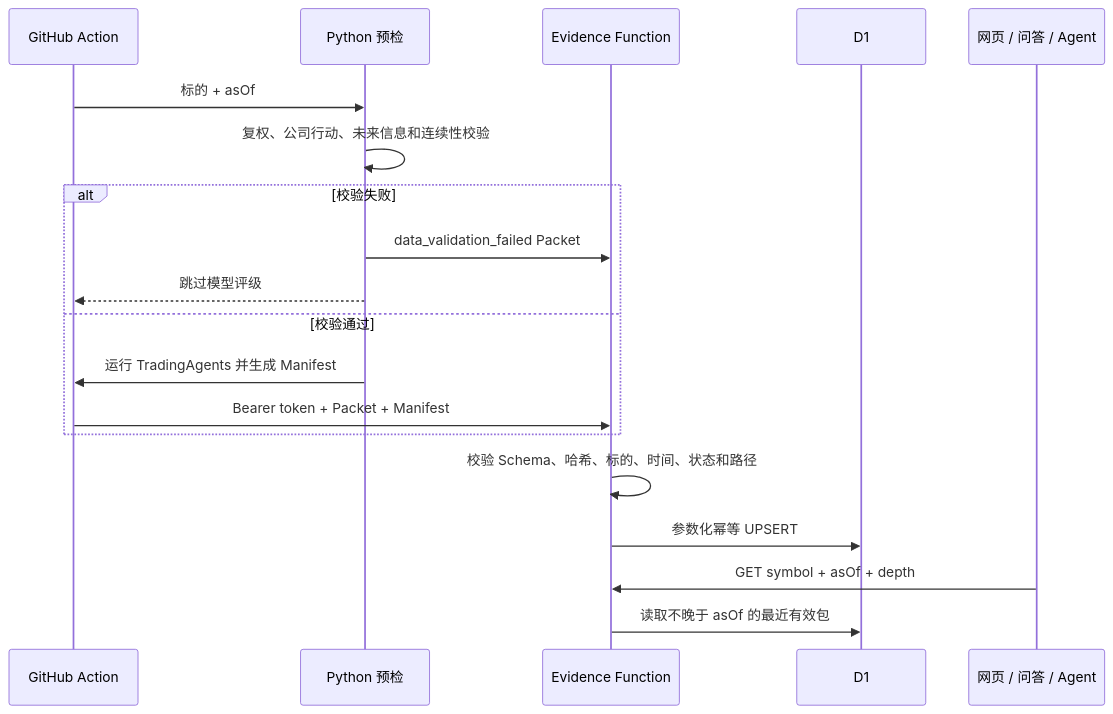
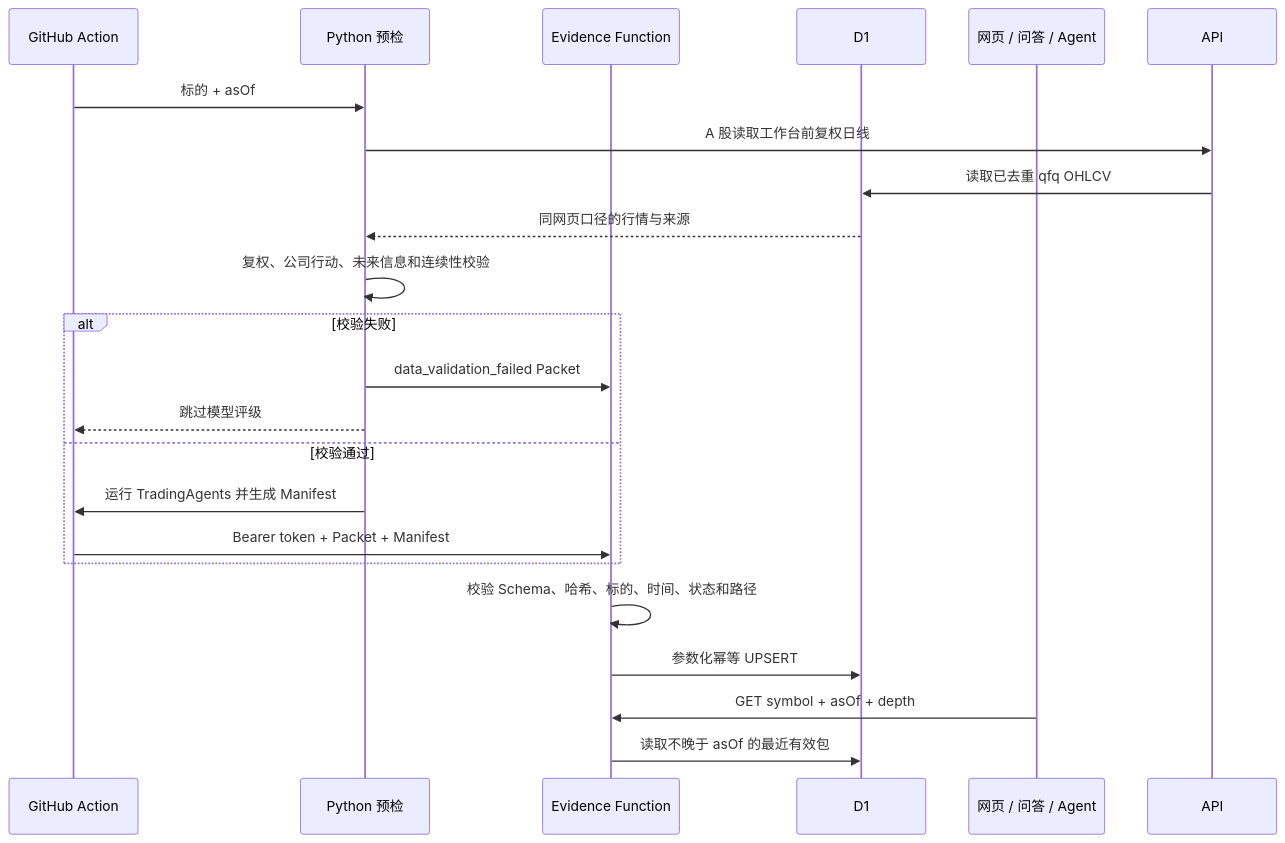
Before and after one commit to gaaiyun/TradingWorkbench: the sixth of 6 diagrams in docs/architecture-and-data-flows.md, drawn with Mermaid. The commit also changed other lines of this file and 4 other files, not shown here.

````diff
--- a/docs/architecture-and-data-flows.md
+++ b/docs/architecture-and-data-flows.md
@@ -258,22 +258,25 @@
 ```mermaid
 sequenceDiagram
     participant A as GitHub Action
     participant P as Python 预检
     participant F as Evidence Function
     participant D as D1
     participant Q as 网页 / 问答 / Agent
 
     A->>P: 标的 + asOf
+    P->>API: A 股读取工作台前复权日线
+    API->>D: 读取已去重 qfq OHLCV
+    D-->>P: 同网页口径的行情与来源
     P->>P: 复权、公司行动、未来信息和连续性校验
     alt 校验失败
         P->>F: data_validation_failed Packet
         P-->>A: 跳过模型评级
     else 校验通过
         P->>A: 运行 TradingAgents 并生成 Manifest
         A->>F: Bearer token + Packet + Manifest
     end
     F->>F: 校验 Schema、哈希、标的、时间、状态和路径
     F->>D: 参数化幂等 UPSERT
     Q->>F: GET symbol + asOf + depth
     F->>D: 读取不晚于 asOf 的最近有效包
 ```
````
